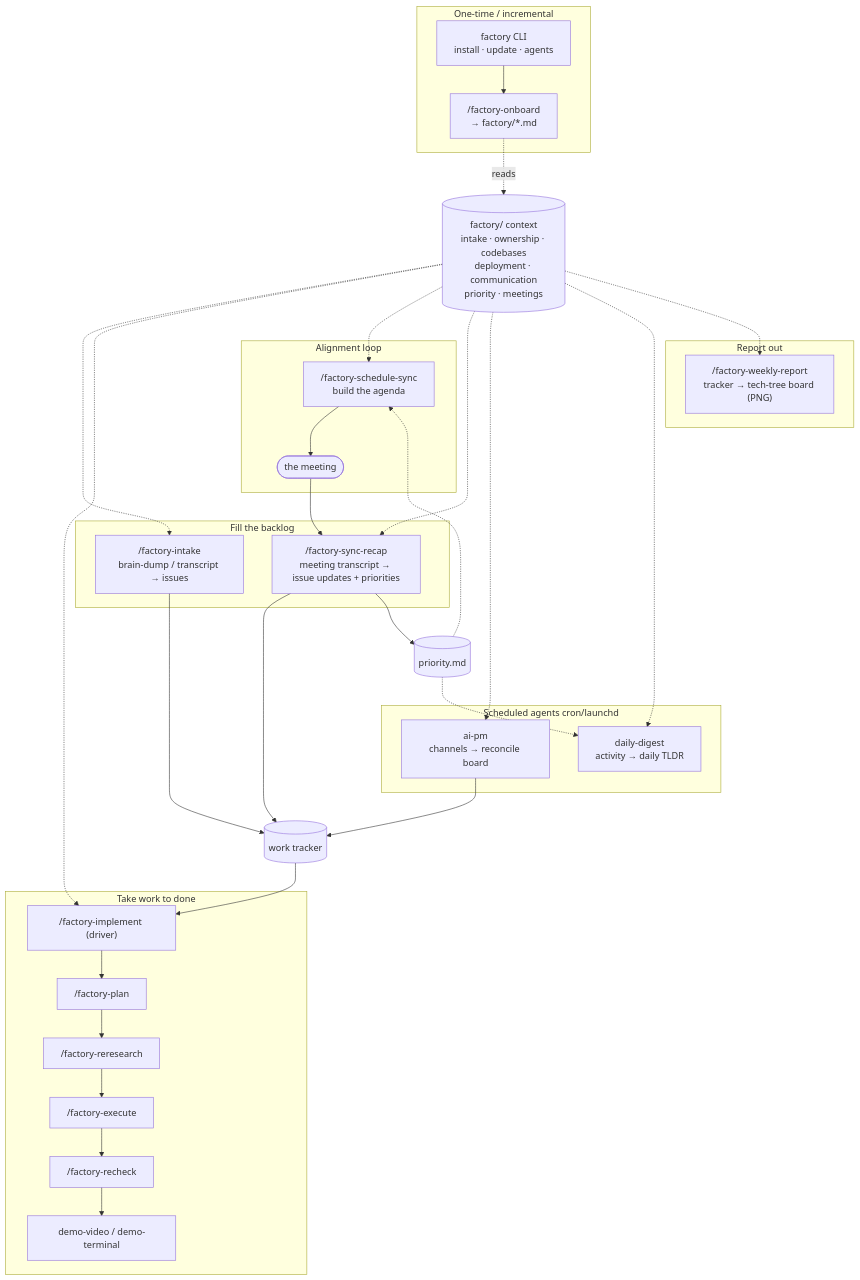
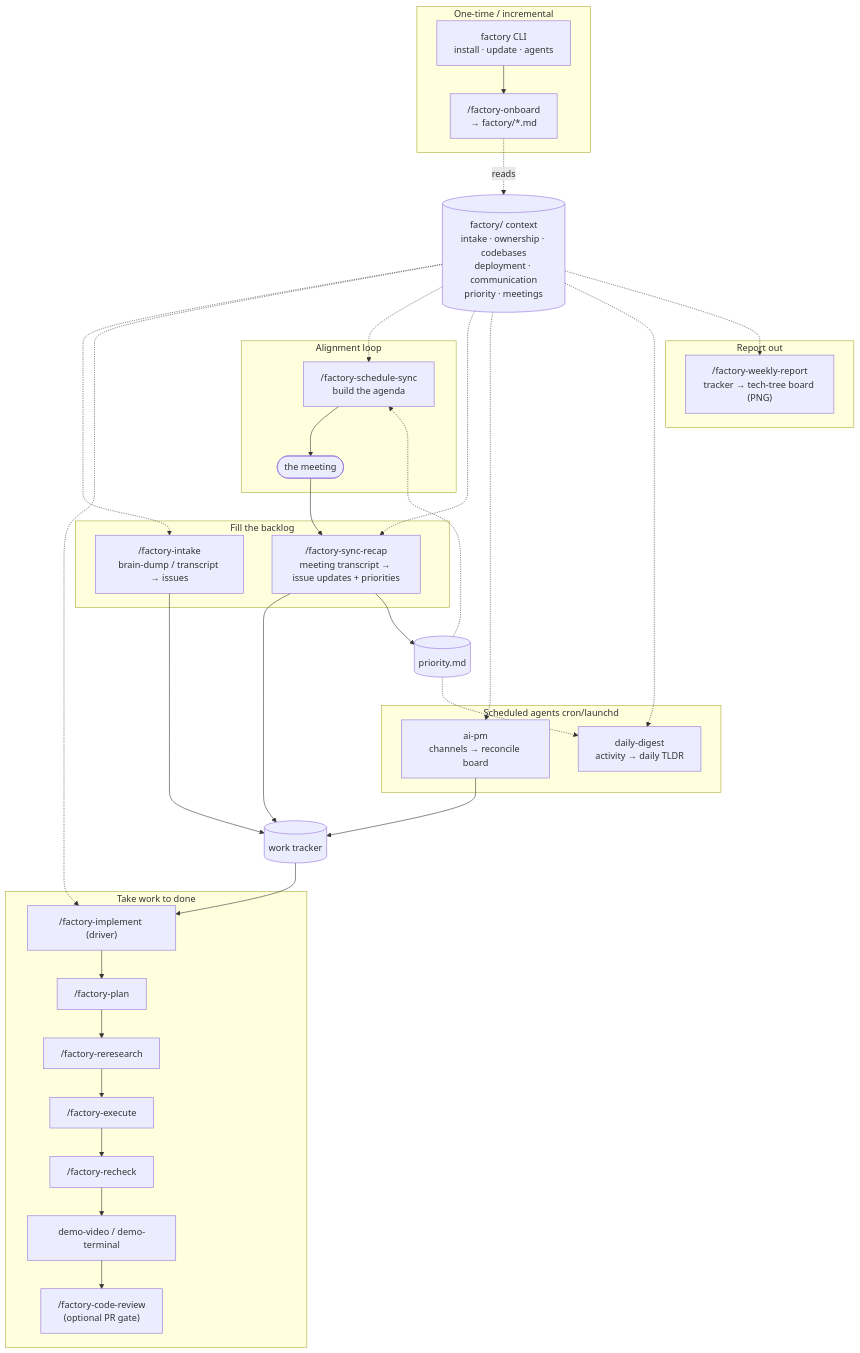
The diagram in README.md (MasonGeloso/claude-factory), drawn with Mermaid before and after one commit. The commit also changed other lines of this file and 24 other files, not shown here.

First line of the commit message:
Package as a Claude Code plugin, rebrand repo to factory, add code-review gate

````diff
--- a/README.md
+++ b/README.md
@@ -14,39 +14,39 @@
 ```mermaid
 flowchart TB
     subgraph setup [One-time / incremental]
       CLI["factory CLI\ninstall · update · agents"] --> ONB["/factory-onboard\n→ factory/*.md"]
     end
 
     ONB -.reads.-> CTX[("factory/ context\nintake · ownership · codebases\ndeployment · communication\npriority · meetings")]
 
     subgraph backlog [Fill the backlog]
       INTAKE["/factory-intake\nbrain-dump / transcript → issues"]
       RECAP["/factory-sync-recap\nmeeting transcript → issue updates + priorities"]
     end
 
     subgraph deliver [Take work to done]
       IMPL["/factory-implement (driver)"]
-      IMPL --> PLAN["/factory-plan"] --> RR["/factory-reresearch"] --> EXE["/factory-execute"] --> RC["/factory-recheck"] --> DEMO["demo-video / demo-terminal"]
+      IMPL --> PLAN["/factory-plan"] --> RR["/factory-reresearch"] --> EXE["/factory-execute"] --> RC["/factory-recheck"] --> DEMO["demo-video / demo-terminal"] --> REVIEW["/factory-code-review\n(optional PR gate)"]
     end
 
     subgraph sync [Alignment loop]
       SCHED["/factory-schedule-sync\nbuild the agenda"] --> MEET([the meeting]) --> RECAP
     end
 
     subgraph report [Report out]
       WEEKLY["/factory-weekly-report\ntracker → tech-tree board (PNG)"]
     end
 
     subgraph agents [Scheduled agents cron/launchd]
       AIPM["ai-pm\nchannels → reconcile board"]
       DIGEST["daily-digest\nactivity → daily TLDR"]
     end
 
     CTX -.-> INTAKE & IMPL & SCHED & RECAP & AIPM & DIGEST & WEEKLY
     INTAKE --> TRACKER[(work tracker)]
     RECAP --> TRACKER
     AIPM --> TRACKER
     TRACKER --> IMPL
     RECAP --> PRI[("priority.md")]
     PRI -.-> DIGEST & SCHED
 ```
````
